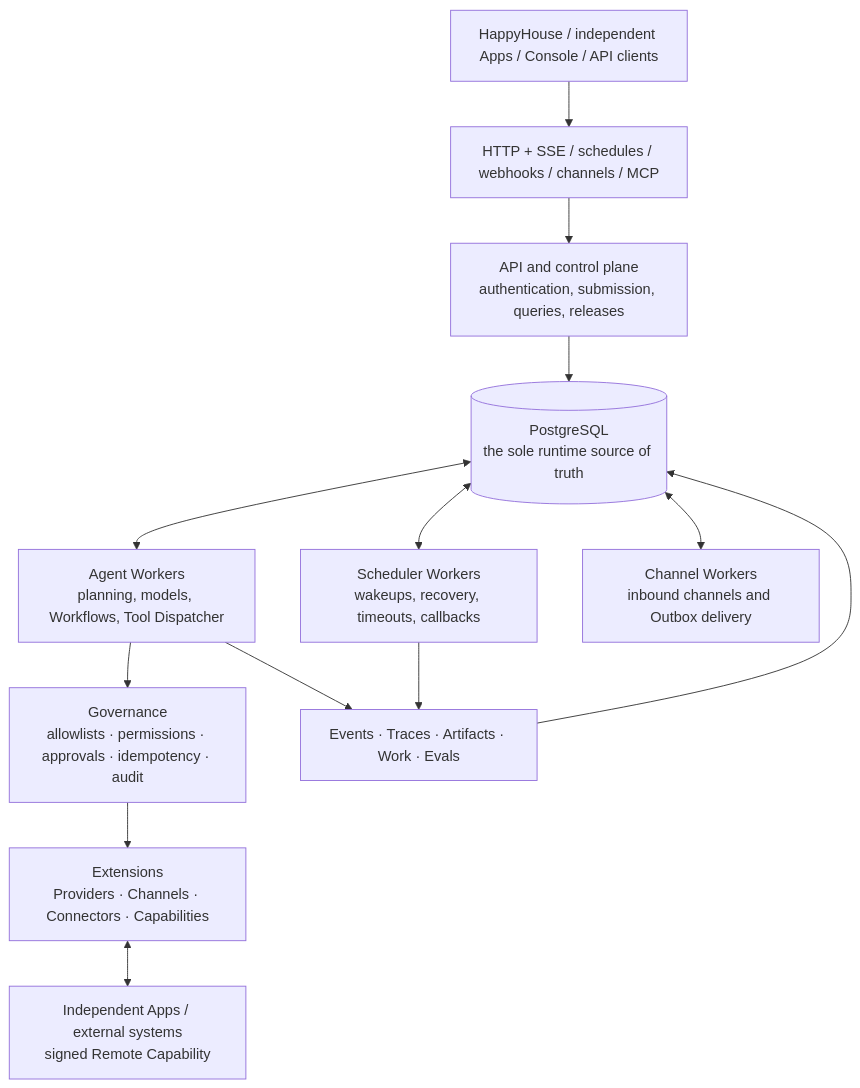
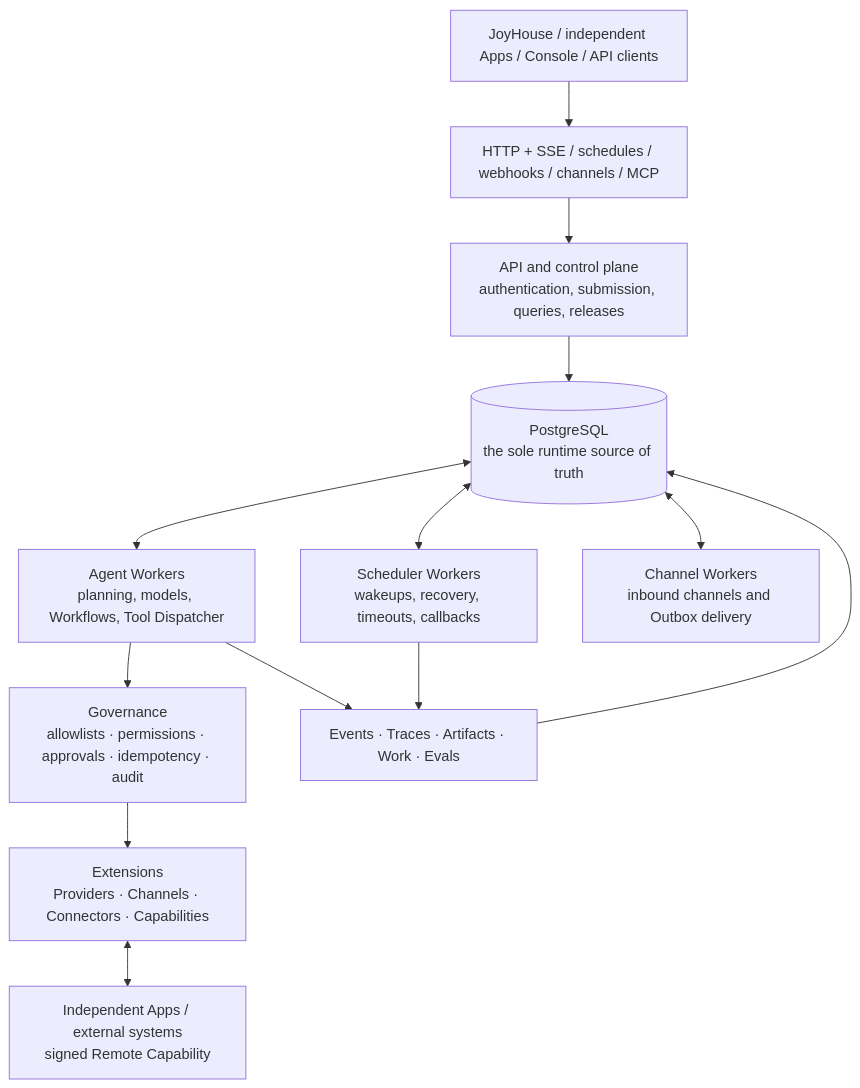
Before and after one commit to JoyHouseLabs/joyhousebot: the diagram in README_EN.md, drawn with Mermaid. The commit also changed other lines of this file and 1581 other files, not shown here.

````diff
--- a/README_EN.md
+++ b/README_EN.md
@@ -34,24 +34,24 @@
 ```mermaid
 flowchart TB
-    CLIENTS[HappyHouse / independent Apps / Console / API clients]
+    CLIENTS[JoyHouse / independent Apps / Console / API clients]
     ENTRY[HTTP + SSE / schedules / webhooks / channels / MCP]
     API[API and control plane\nauthentication, submission, queries, releases]
     PG[(PostgreSQL\nthe sole runtime source of truth)]
     AGENT[Agent Workers\nplanning, models, Workflows, Tool Dispatcher]
     SCHEDULER[Scheduler Workers\nwakeups, recovery, timeouts, callbacks]
     CHANNEL[Channel Workers\ninbound channels and Outbox delivery]
     GOVERN[Governance\nallowlists · permissions · approvals · idempotency · audit]
     EXT[Extensions\nProviders · Channels · Connectors · Capabilities]
     APP[Independent Apps / external systems\nsigned Remote Capability]
     OUTPUT[Events · Traces · Artifacts · Work · Evals]
 
     CLIENTS --> ENTRY --> API --> PG
     PG <--> AGENT
     PG <--> SCHEDULER
     PG <--> CHANNEL
     AGENT --> GOVERN --> EXT
     EXT <--> APP
     AGENT --> OUTPUT
     SCHEDULER --> OUTPUT
     OUTPUT --> PG
 ```
````
